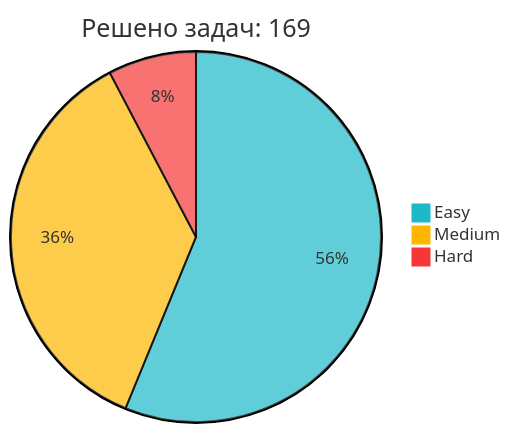
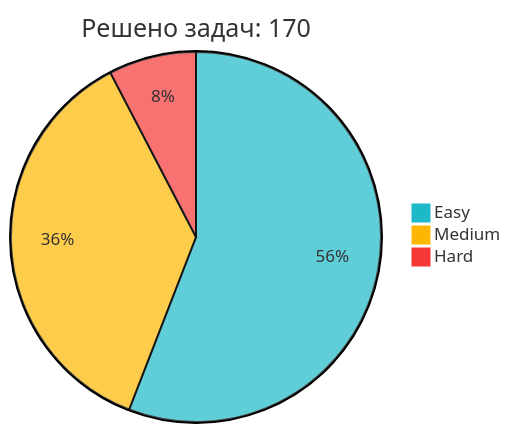
The diagram in README.md (IliaKurdukov/IliaKurdukov), drawn with Mermaid before and after one commit. The commit also changed other lines of this file, not shown here.

Commit message:
📈 Обновление статистики LeetCode

````diff
--- a/README.md
+++ b/README.md
@@ -51,7 +51,7 @@
 ```mermaid
 %%{init: {'theme': 'base', 'themeVariables': { 'pie1': '#1CBAC8', 'pie2': '#FEB700', 'pie3': '#F63737' }, 'config': {'width': 300, 'height': 200}}}%%
-pie title Решено задач: 169
+pie title Решено задач: 170
    "Easy" : 95
-   "Medium" : 61
+   "Medium" : 62
    "Hard" : 13
 ```
````
